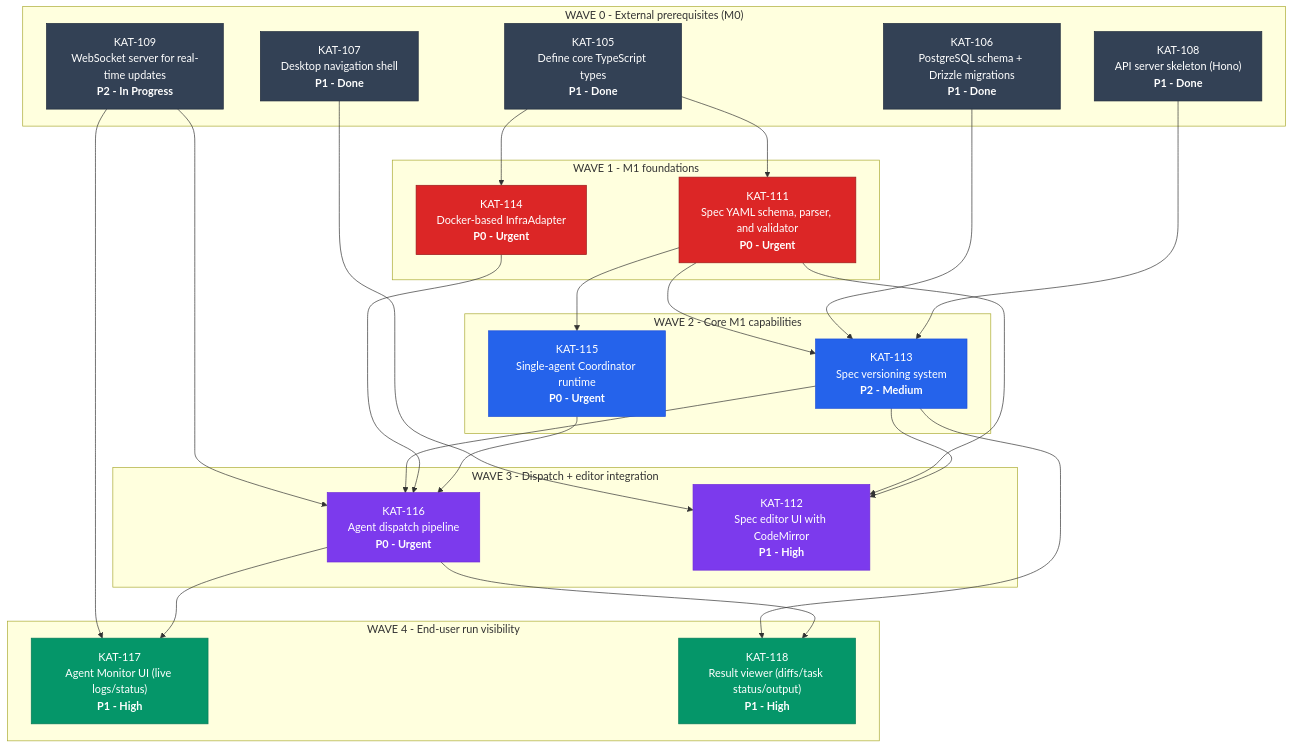
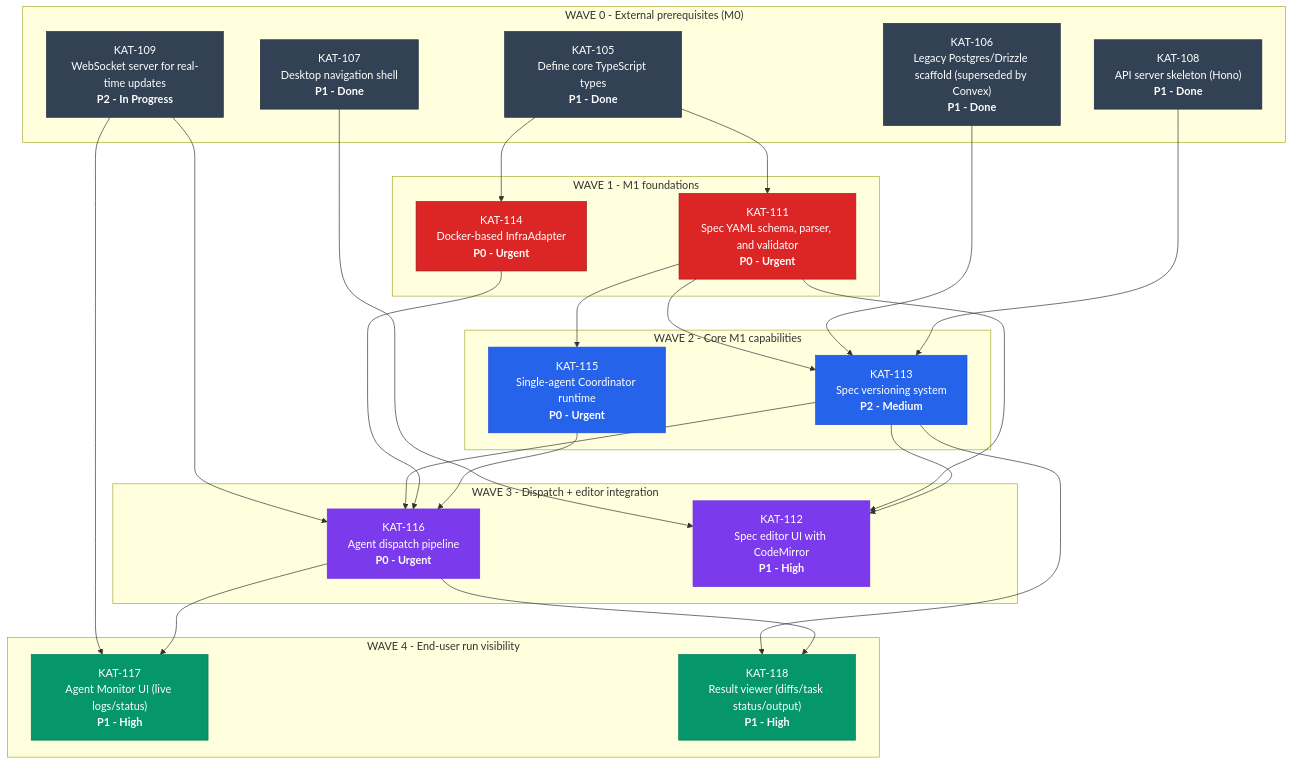
Before and after one commit to gannonh/kata-cloud-agents: the diagram in docs/M1-dependency-graph.mermaid, drawn with Mermaid. The commit also changed 1 other file, not shown here.

Commit message:
docs(plan): switch active backend baseline to convex
Update the project plan and M1 dependency graph source to reflect Convex
as the active data-layer direction and mark the prior Postgres/Drizzle
work as superseded historical context.

```diff
--- a/docs/M1-dependency-graph.mermaid
+++ b/docs/M1-dependency-graph.mermaid
@@ -1,64 +1,64 @@
 graph TD
     subgraph "WAVE 0 - External prerequisites (M0)"
         KAT105["KAT-105<br/>Define core TypeScript types<br/><b>P1 - Done</b>"]
-        KAT106["KAT-106<br/>PostgreSQL schema + Drizzle migrations<br/><b>P1 - Done</b>"]
+        KAT106["KAT-106<br/>Legacy Postgres/Drizzle scaffold (superseded by Convex)<br/><b>P1 - Done</b>"]
         KAT107["KAT-107<br/>Desktop navigation shell<br/><b>P1 - Done</b>"]
         KAT108["KAT-108<br/>API server skeleton (Hono)<br/><b>P1 - Done</b>"]
         KAT109["KAT-109<br/>WebSocket server for real-time updates<br/><b>P2 - In Progress</b>"]
     end
 
     subgraph "WAVE 1 - M1 foundations"
         KAT111["KAT-111<br/>Spec YAML schema, parser, and validator<br/><b>P0 - Urgent</b>"]
         KAT114["KAT-114<br/>Docker-based InfraAdapter<br/><b>P0 - Urgent</b>"]
     end
 
     subgraph "WAVE 2 - Core M1 capabilities"
         KAT113["KAT-113<br/>Spec versioning system<br/><b>P2 - Medium</b>"]
         KAT115["KAT-115<br/>Single-agent Coordinator runtime<br/><b>P0 - Urgent</b>"]
     end
 
     subgraph "WAVE 3 - Dispatch + editor integration"
         KAT116["KAT-116<br/>Agent dispatch pipeline<br/><b>P0 - Urgent</b>"]
         KAT112["KAT-112<br/>Spec editor UI with CodeMirror<br/><b>P1 - High</b>"]
     end
 
     subgraph "WAVE 4 - End-user run visibility"
         KAT117["KAT-117<br/>Agent Monitor UI (live logs/status)<br/><b>P1 - High</b>"]
         KAT118["KAT-118<br/>Result viewer (diffs/task status/output)<br/><b>P1 - High</b>"]
     end
 
     KAT105 --> KAT111
     KAT105 --> KAT114
 
     KAT111 --> KAT113
     KAT106 --> KAT113
     KAT108 --> KAT113
 
     KAT111 --> KAT115
 
     KAT109 --> KAT116
     KAT113 --> KAT116
     KAT114 --> KAT116
     KAT115 --> KAT116
 
     KAT107 --> KAT112
     KAT111 --> KAT112
     KAT113 --> KAT112
 
     KAT109 --> KAT117
     KAT116 --> KAT117
 
     KAT113 --> KAT118
     KAT116 --> KAT118
 
     classDef ext fill:#334155,color:#fff,stroke:#1e293b
     classDef wave1 fill:#dc2626,color:#fff,stroke:#991b1b
     classDef wave2 fill:#2563eb,color:#fff,stroke:#1d4ed8
     classDef wave3 fill:#7c3aed,color:#fff,stroke:#6d28d9
     classDef wave4 fill:#059669,color:#fff,stroke:#047857
 
     class KAT105,KAT106,KAT107,KAT108,KAT109 ext
     class KAT111,KAT114 wave1
     class KAT113,KAT115 wave2
     class KAT116,KAT112 wave3
     class KAT117,KAT118 wave4
```
